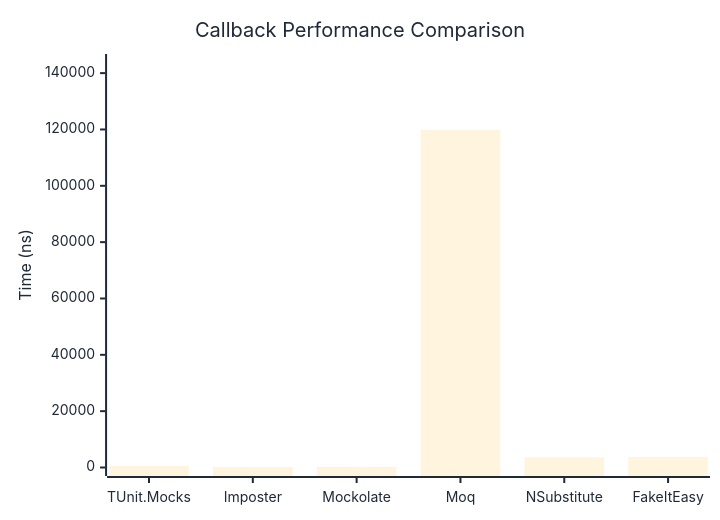
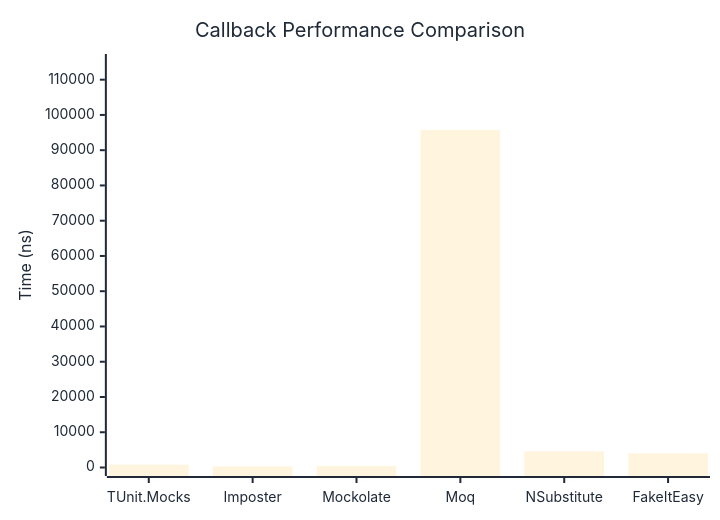
Before and after one commit to thomhurst/TUnit: the first of 2 diagrams in docs/docs/benchmarks/mocks/Callback.md, drawn with Mermaid. The commit also changed other lines of this file and 14 other files, not shown here.

````diff
--- a/docs/docs/benchmarks/mocks/Callback.md
+++ b/docs/docs/benchmarks/mocks/Callback.md
@@ -30,27 +30,27 @@
 ```mermaid
 %%{init: {
   'theme':'base',
   'themeVariables': {
     'primaryColor': '#2563eb',
     'primaryTextColor': '#1f2937',
     'primaryBorderColor': '#1e40af',
     'lineColor': '#6b7280',
     'secondaryColor': '#7c3aed',
     'tertiaryColor': '#dc2626',
     'background': '#ffffff',
     'pie1': '#2563eb',
     'pie2': '#7c3aed',
     'pie3': '#dc2626',
     'pie4': '#f59e0b',
     'pie5': '#10b981',
     'pie6': '#06b6d4',
     'pie7': '#ec4899',
     'pie8': '#6366f1'
   }
 }}%%
 xychart-beta
   title "Callback Performance Comparison"
   x-axis ["TUnit.Mocks", "Imposter", "Mockolate", "Moq", "NSubstitute", "FakeItEasy"]
-  y-axis "Time (ns)" 0 --> 143773
-  bar [543.9, 204.8, 256.3, 119810.5, 3604, 3756.9]
+  y-axis "Time (ns)" 0 --> 114872
+  bar [803.3, 308.9, 434.6, 95726.2, 4585.1, 4003.5]
 ```
````
